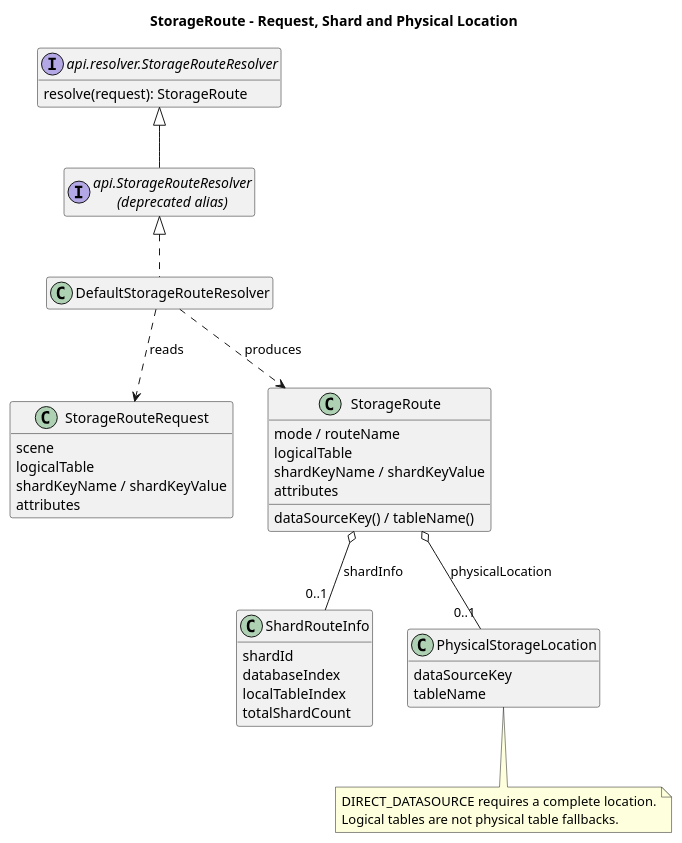
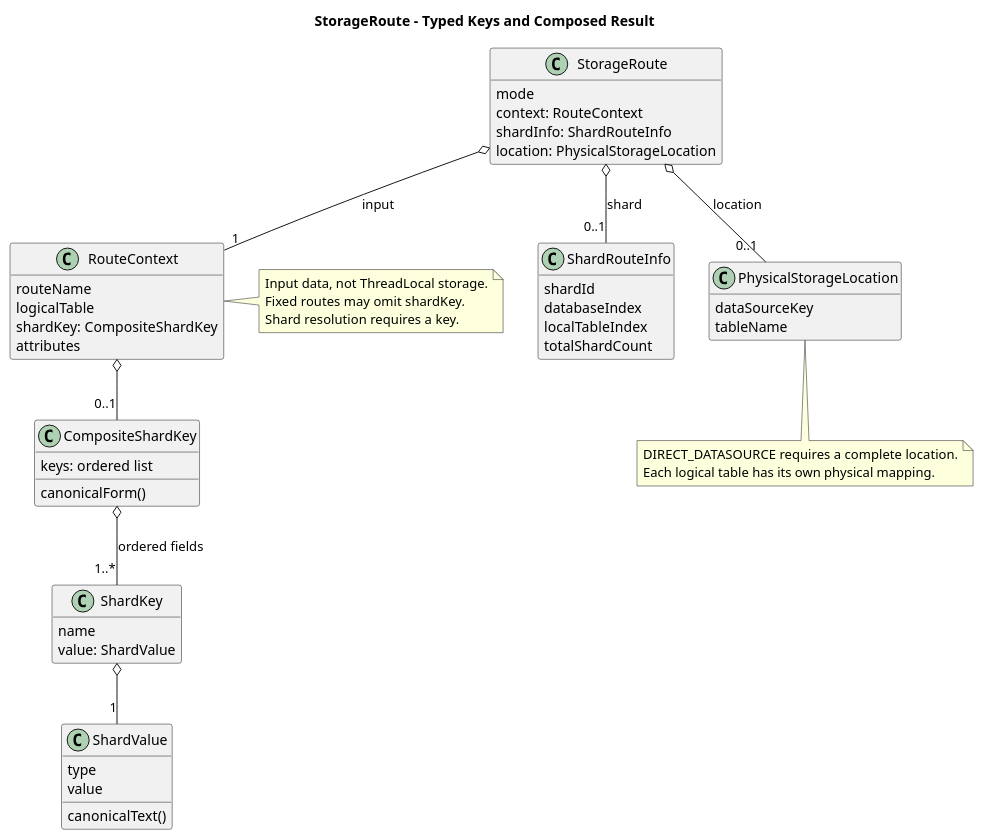
Before and after one commit to pbxjtumse/iron-components-java: the diagram in component/storage-routing-component/docs/component/01-storage-route-model.puml, drawn with PlantUML. The commit also changed 31 other files, not shown here.

```diff
--- a/component/storage-routing-component/docs/component/01-storage-route-model.puml
+++ b/component/storage-routing-component/docs/component/01-storage-route-model.puml
@@ -1,51 +1,60 @@
 @startuml
-title StorageRoute - Request, Shard and Physical Location
+title StorageRoute - Typed Keys and Composed Result
 top to bottom direction
 skinparam shadowing false
 hide empty members
 
-class StorageRouteRequest {
-  scene
+class StorageRoute {
+  mode
+  context: RouteContext
+  shardInfo: ShardRouteInfo
+  location: PhysicalStorageLocation
+}
+class RouteContext {
+  routeName
   logicalTable
-  shardKeyName / shardKeyValue
+  shardKey: CompositeShardKey
   attributes
 }
-
-class StorageRoute {
-  mode / routeName
-  logicalTable
-  shardKeyName / shardKeyValue
-  attributes
-  dataSourceKey() / tableName()
+class CompositeShardKey {
+  keys: ordered list
+  canonicalForm()
 }
-
+class ShardKey {
+  name
+  value: ShardValue
+}
+class ShardValue {
+  type
+  value
+  canonicalText()
+}
 class ShardRouteInfo {
   shardId
   databaseIndex
   localTableIndex
   totalShardCount
 }
-
 class PhysicalStorageLocation {
   dataSourceKey
   tableName
 }
 
-interface "api.resolver.StorageRouteResolver" as Resolver {
-  resolve(request): StorageRoute
-}
-interface "api.StorageRouteResolver\n(deprecated alias)" as LegacyResolver
-class DefaultStorageRouteResolver
+StorageRoute o-- "1" RouteContext : input
+StorageRoute o-- "0..1" ShardRouteInfo : shard
+StorageRoute o-- "0..1" PhysicalStorageLocation : location
+RouteContext o-- "0..1" CompositeShardKey
+CompositeShardKey o-- "1..*" ShardKey : ordered fields
+ShardKey o-- "1" ShardValue
 
-Resolver <|-- LegacyResolver
-LegacyResolver <|.. DefaultStorageRouteResolver
-DefaultStorageRouteResolver ..> StorageRouteRequest : reads
-DefaultStorageRouteResolver ..> StorageRoute : produces
-StorageRoute o-- "0..1" ShardRouteInfo : shardInfo
-StorageRoute o-- "0..1" PhysicalStorageLocation : physicalLocation
+note right of RouteContext
+Input data, not ThreadLocal storage.
+Fixed routes may omit shardKey.
+Shard resolution requires a key.
+end note
 
 note bottom of PhysicalStorageLocation
 DIRECT_DATASOURCE requires a complete location.
-Logical tables are not physical table fallbacks.
+Each logical table has its own physical mapping.
 end note
 @enduml
```
